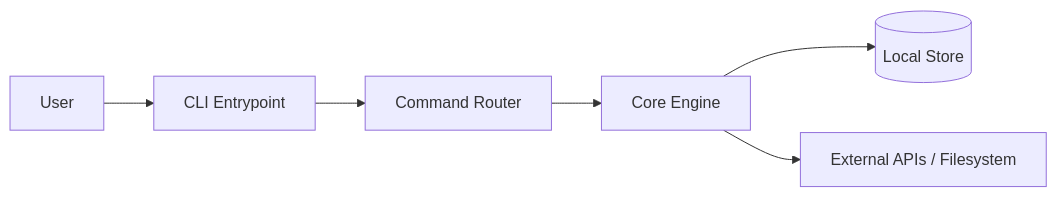
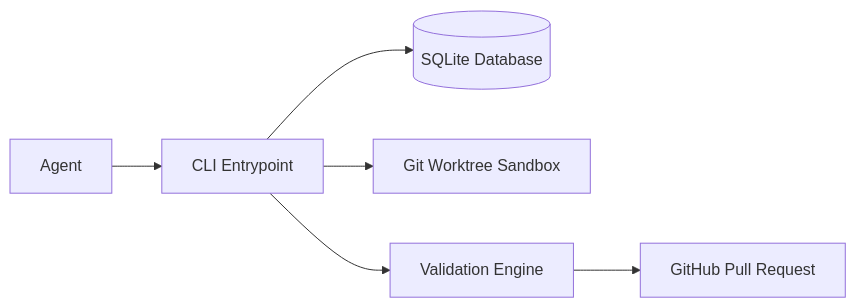
Before and after one commit to wizzense/decapod: the diagram in .decapod/generated/specs/ARCHITECTURE.md, drawn with Mermaid. The commit also changed other lines of this file and 8 other files, not shown here.

````diff
--- a/.decapod/generated/specs/ARCHITECTURE.md
+++ b/.decapod/generated/specs/ARCHITECTURE.md
@@ -34,8 +16,8 @@
 ```mermaid
 flowchart LR
-  U[User] --> C[CLI Entrypoint]
-  C --> R[Command Router]
-  R --> E[Core Engine]
-  E --> S[(Local Store)]
-  E --> X[External APIs / Filesystem]
+  U[Agent] --> C[CLI Entrypoint]
+  C --> DB[(SQLite Database)]
+  C --> W[Git Worktree Sandbox]
+  C --> V[Validation Engine]
+  V --> PR[GitHub Pull Request]
 ```
````
